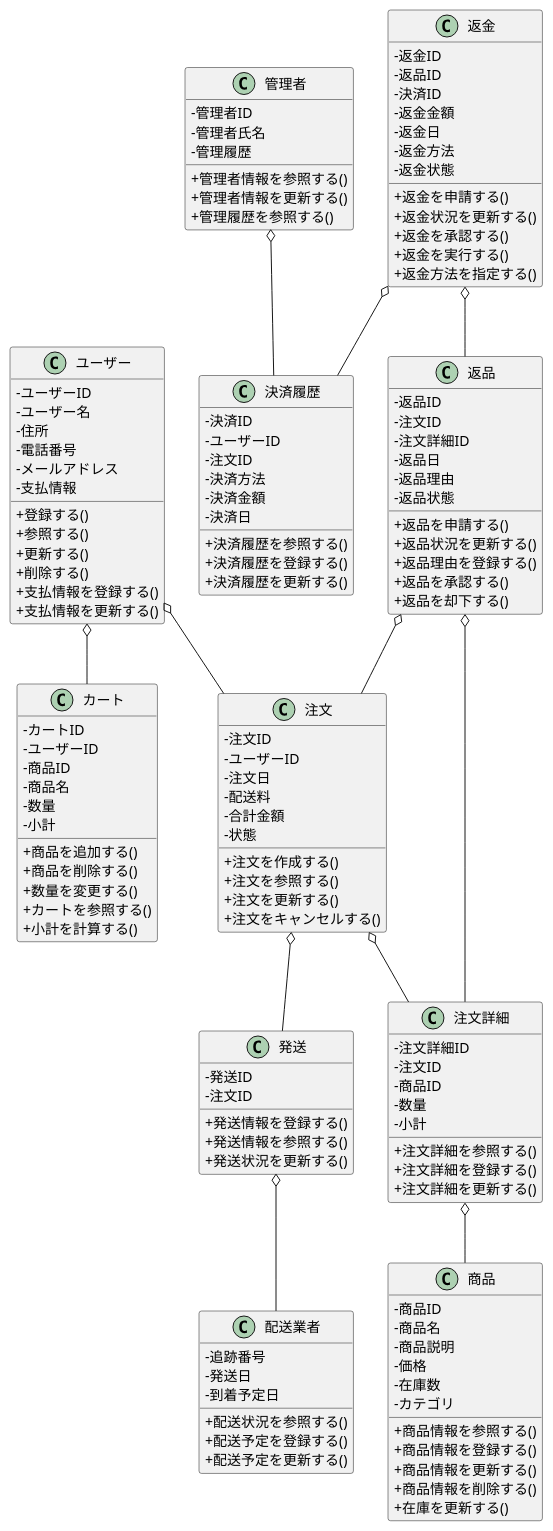
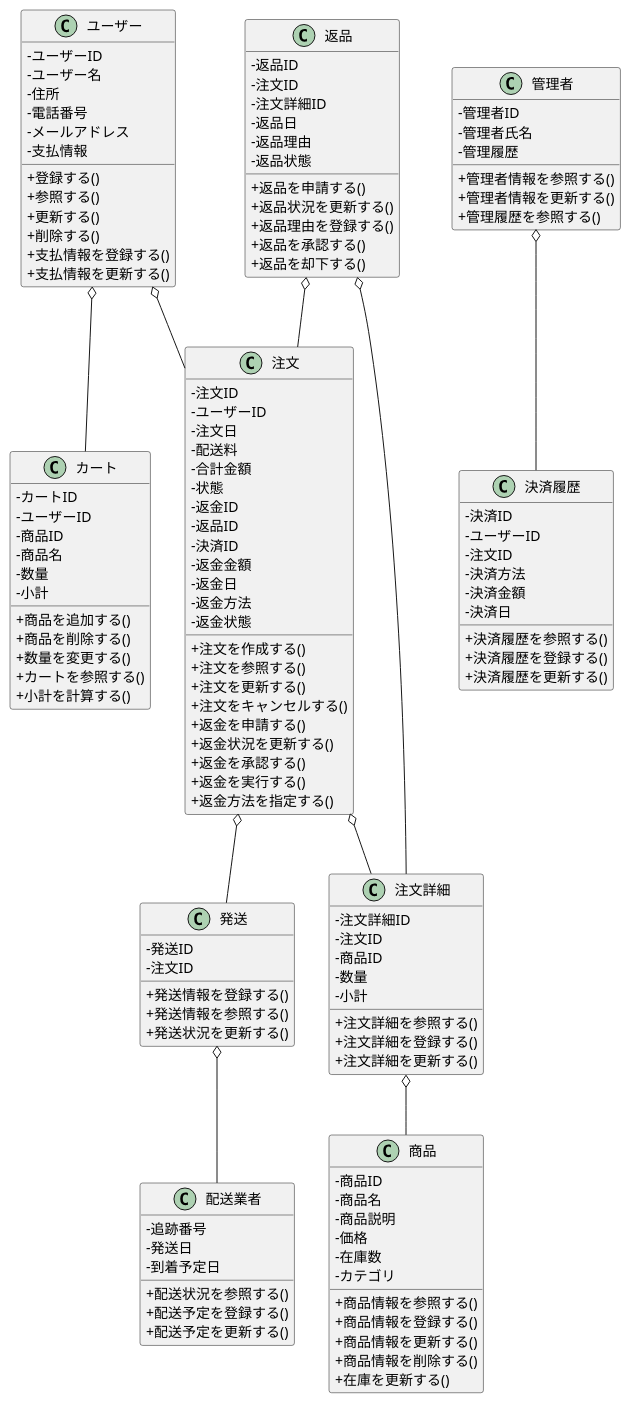
The diagram in group/BB（商品管理システム）/BB（商品管理システム）/class.pu (2459384Hayashi/ohara_uml), drawn with PlantUML before and after one commit. The commit also changed 3 other files, not shown here.

```diff
--- a/group/BB（商品管理システム）/BB（商品管理システム）/class.pu
+++ b/group/BB（商品管理システム）/BB（商品管理システム）/class.pu
@@ -1,163 +1,158 @@
 @startuml 商品管理システムクラス図
 skinparam classAttributeIconSize 0
 skinparam componentStyle rectangle
 
 ' =====================
 ' 販売システム
 ' =====================
 class ユーザー {
     - ユーザーID
     - ユーザー名
     - 住所
     - 電話番号
     - メールアドレス
     - 支払情報
     + 登録する()
     + 参照する()
     + 更新する()
     + 削除する()
     + 支払情報を登録する()
     + 支払情報を更新する()
 }
 
 class カート {
     - カートID
     - ユーザーID
     - 商品ID
     - 商品名
     - 数量
     - 小計
     + 商品を追加する()
     + 商品を削除する()
     + 数量を変更する()
     + カートを参照する()
     + 小計を計算する()
 }
 
 ' =====================
 ' 管理システム
 ' =====================
 class 管理者 {
     - 管理者ID
     - 管理者氏名
     - 管理履歴
     + 管理者情報を参照する()
     + 管理者情報を更新する()
     + 管理履歴を参照する()
 }
 
 class 決済履歴 {
     - 決済ID
     - ユーザーID
     - 注文ID
     - 決済方法
     - 決済金額
     - 決済日
     + 決済履歴を参照する()
     + 決済履歴を登録する()
     + 決済履歴を更新する()
 }
 
 ' =====================
 ' 共通システム
 ' =====================
 class 商品 {
     - 商品ID
     - 商品名
     - 商品説明
     - 価格
     - 在庫数
     - カテゴリ
     + 商品情報を参照する()
     + 商品情報を登録する()
     + 商品情報を更新する()
     + 商品情報を削除する()
     + 在庫を更新する()
 }
 
 class 注文 {
     - 注文ID
     - ユーザーID
     - 注文日
     - 配送料
     - 合計金額
     - 状態
+    - 返金ID
+    - 返品ID
+    - 決済ID
+    - 返金金額
+    - 返金日
+    - 返金方法
+    - 返金状態
     + 注文を作成する()
     + 注文を参照する()
     + 注文を更新する()
     + 注文をキャンセルする()
+    + 返金を申請する()
+    + 返金状況を更新する()
+    + 返金を承認する()
+    + 返金を実行する()
+    + 返金方法を指定する()
 }
 
 class 注文詳細 {
     - 注文詳細ID
     - 注文ID
     - 商品ID
     - 数量
     - 小計
     + 注文詳細を参照する()
     + 注文詳細を登録する()
     + 注文詳細を更新する()
 }
 
 class 発送 {
     - 発送ID
     - 注文ID
     + 発送情報を登録する()
     + 発送情報を参照する()
     + 発送状況を更新する()
 }
 
 class 配送業者 {
     - 追跡番号
     - 発送日
     - 到着予定日
     + 配送状況を参照する()
     + 配送予定を登録する()
     + 配送予定を更新する()
 }
 
 class 返品 {
     - 返品ID
     - 注文ID
     - 注文詳細ID
     - 返品日
     - 返品理由
     - 返品状態
     + 返品を申請する()
     + 返品状況を更新する()
     + 返品理由を登録する()
     + 返品を承認する()
     + 返品を却下する()
 }
 
-class 返金 {
-    - 返金ID
-    - 返品ID
-    - 決済ID
-    - 返金金額
-    - 返金日
-    - 返金方法
-    - 返金状態
-    + 返金を申請する()
-    + 返金状況を更新する()
-    + 返金を承認する()
-    + 返金を実行する()
-    + 返金方法を指定する()
-}
-
 ' =====================
 ' 関係性
 ' =====================
 ユーザー o-- カート
 ユーザー o-- 注文
 注文 o-- 注文詳細
 注文 o-- 発送
 注文詳細 o-- 商品
 発送 o-- 配送業者
 返品 o-- 注文
 返品 o-- 注文詳細
-返金 o-- 返品
-返金 o-- 決済履歴
 管理者 o-- 決済履歴
 
 @enduml
```
